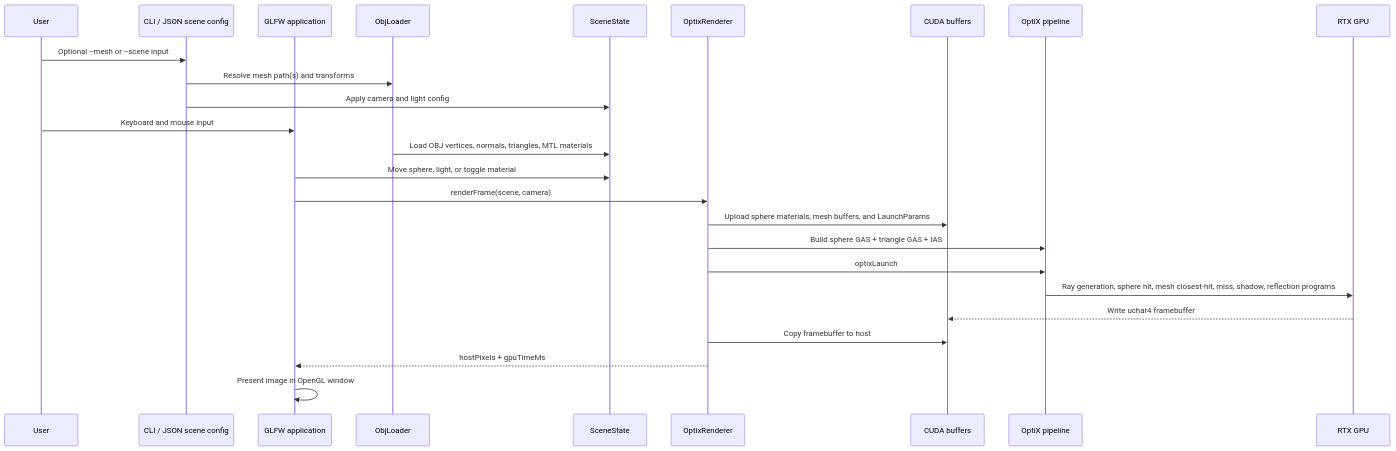
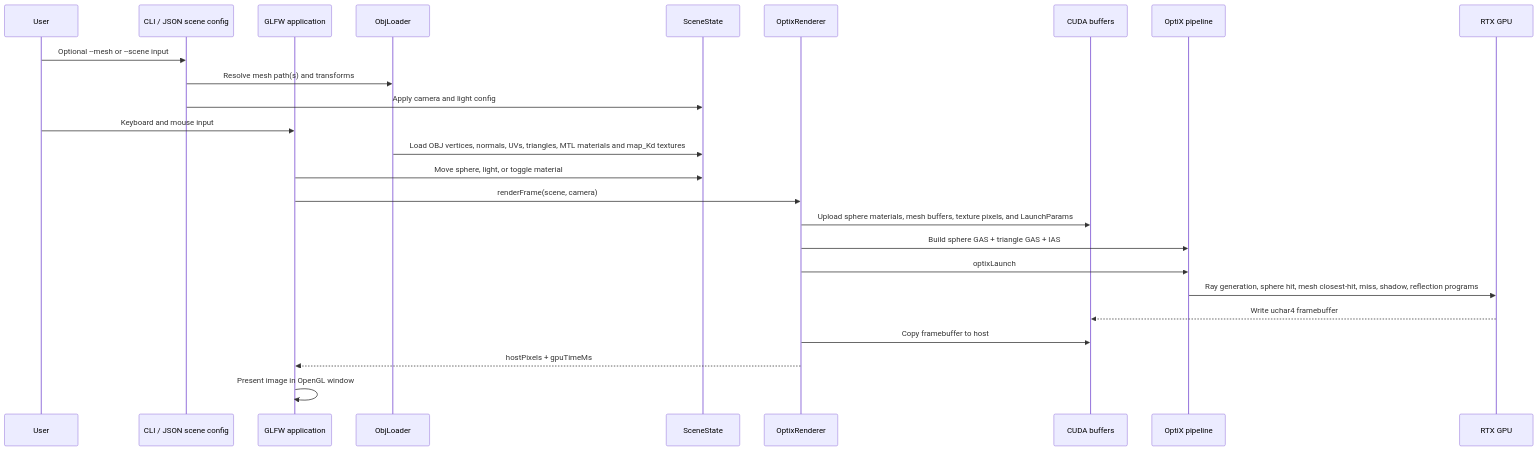
Before and after one commit to Tundraws/RayTracer: the second of 4 diagrams in RayTracerRTX/docs/architecture.md, drawn with Mermaid. The commit also changed other lines of this file and 22 other files, not shown here.

Commit message:
feat: support obj diffuse textures

````diff
--- a/RayTracerRTX/docs/architecture.md
+++ b/RayTracerRTX/docs/architecture.md
@@ -37,28 +39,28 @@
 ```mermaid
 sequenceDiagram
     participant User
     participant Args as CLI / JSON scene config
     participant App as GLFW application
     participant ObjLoader as ObjLoader
     participant Scene as SceneState
     participant Renderer as OptixRenderer
     participant CUDA as CUDA buffers
     participant OptiX as OptiX pipeline
     participant GPU as RTX GPU
 
     User->>Args: Optional --mesh or --scene input
     Args->>ObjLoader: Resolve mesh path(s) and transforms
     Args->>Scene: Apply camera and light config
     User->>App: Keyboard and mouse input
-    ObjLoader->>Scene: Load OBJ vertices, normals, triangles, MTL materials
+    ObjLoader->>Scene: Load OBJ vertices, normals, UVs, triangles, MTL materials and map_Kd textures
     App->>Scene: Move sphere, light, or toggle material
     App->>Renderer: renderFrame(scene, camera)
-    Renderer->>CUDA: Upload sphere materials, mesh buffers, and LaunchParams
+    Renderer->>CUDA: Upload sphere materials, mesh buffers, texture pixels, and LaunchParams
     Renderer->>OptiX: Build sphere GAS + triangle GAS + IAS
     Renderer->>OptiX: optixLaunch
     OptiX->>GPU: Ray generation, sphere hit, mesh closest-hit, miss, shadow, reflection programs
     GPU-->>CUDA: Write uchar4 framebuffer
     Renderer->>CUDA: Copy framebuffer to host
     Renderer-->>App: hostPixels + gpuTimeMs
     App->>App: Present image in OpenGL window
 ```
````
